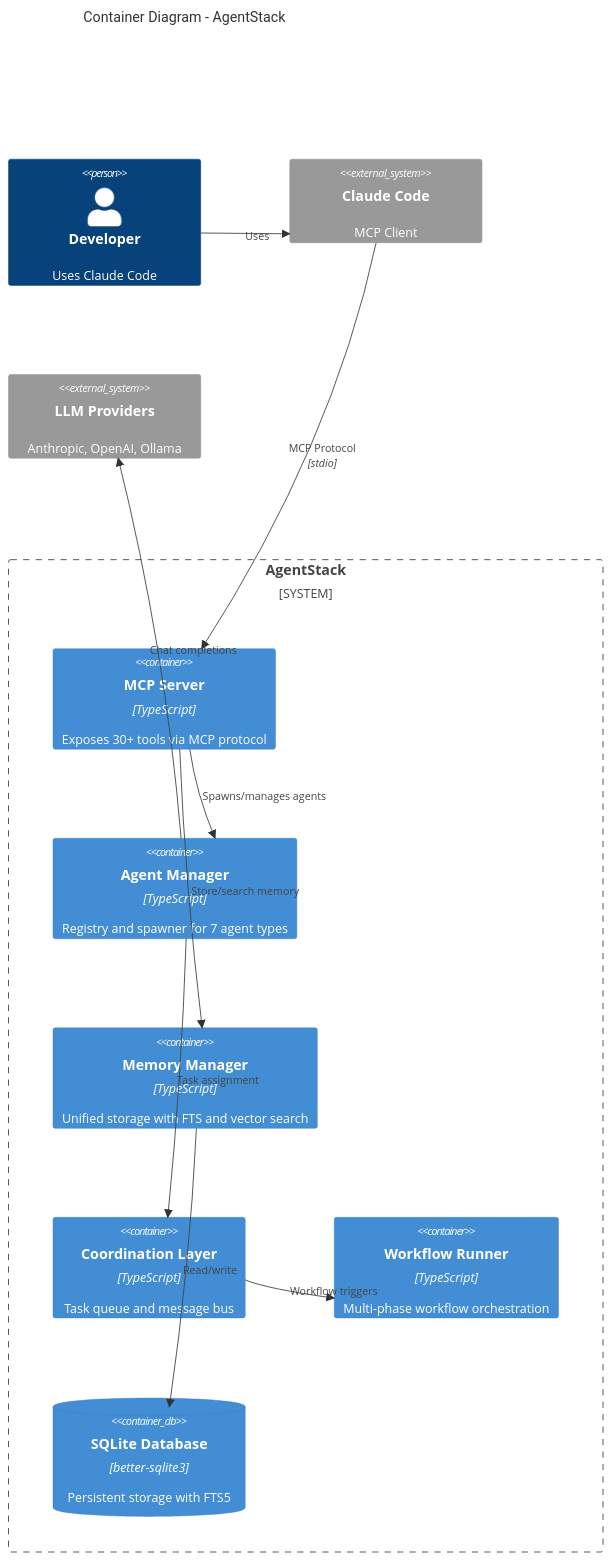
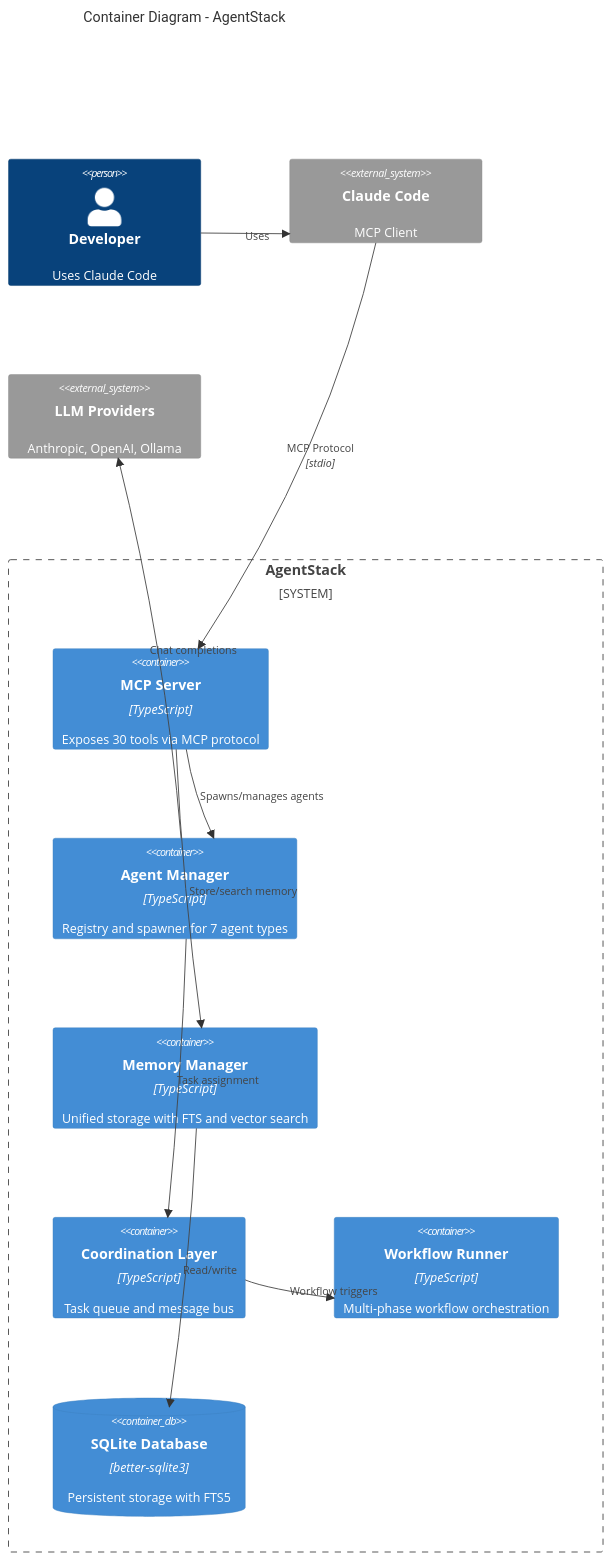
Before and after one commit to blackms/aistack: the second of 5 diagrams in docs/ARCHITECTURE.md, drawn with Mermaid. The commit also changed other lines of this file and 6 other files, not shown here.

````diff
--- a/docs/ARCHITECTURE.md
+++ b/docs/ARCHITECTURE.md
@@ -41,27 +41,27 @@
 ```mermaid
 C4Container
     title Container Diagram - AgentStack
 
     Person(developer, "Developer", "Uses Claude Code")
 
     System_Boundary(agentstack, "AgentStack") {
-        Container(mcp_server, "MCP Server", "TypeScript", "Exposes 30+ tools via MCP protocol")
+        Container(mcp_server, "MCP Server", "TypeScript", "Exposes 30 tools via MCP protocol")
         Container(agent_manager, "Agent Manager", "TypeScript", "Registry and spawner for 7 agent types")
         Container(memory_manager, "Memory Manager", "TypeScript", "Unified storage with FTS and vector search")
         Container(coordination, "Coordination Layer", "TypeScript", "Task queue and message bus")
         Container(workflow_runner, "Workflow Runner", "TypeScript", "Multi-phase workflow orchestration")
         ContainerDb(sqlite_db, "SQLite Database", "better-sqlite3", "Persistent storage with FTS5")
     }
 
     System_Ext(claude_code, "Claude Code", "MCP Client")
     System_Ext(llm_providers, "LLM Providers", "Anthropic, OpenAI, Ollama")
 
     Rel(developer, claude_code, "Uses")
     Rel(claude_code, mcp_server, "MCP Protocol", "stdio")
     Rel(mcp_server, agent_manager, "Spawns/manages agents")
     Rel(mcp_server, memory_manager, "Store/search memory")
     Rel(agent_manager, coordination, "Task assignment")
     Rel(coordination, workflow_runner, "Workflow triggers")
     Rel(memory_manager, sqlite_db, "Read/write")
     Rel(agent_manager, llm_providers, "Chat completions")
 ```
````
